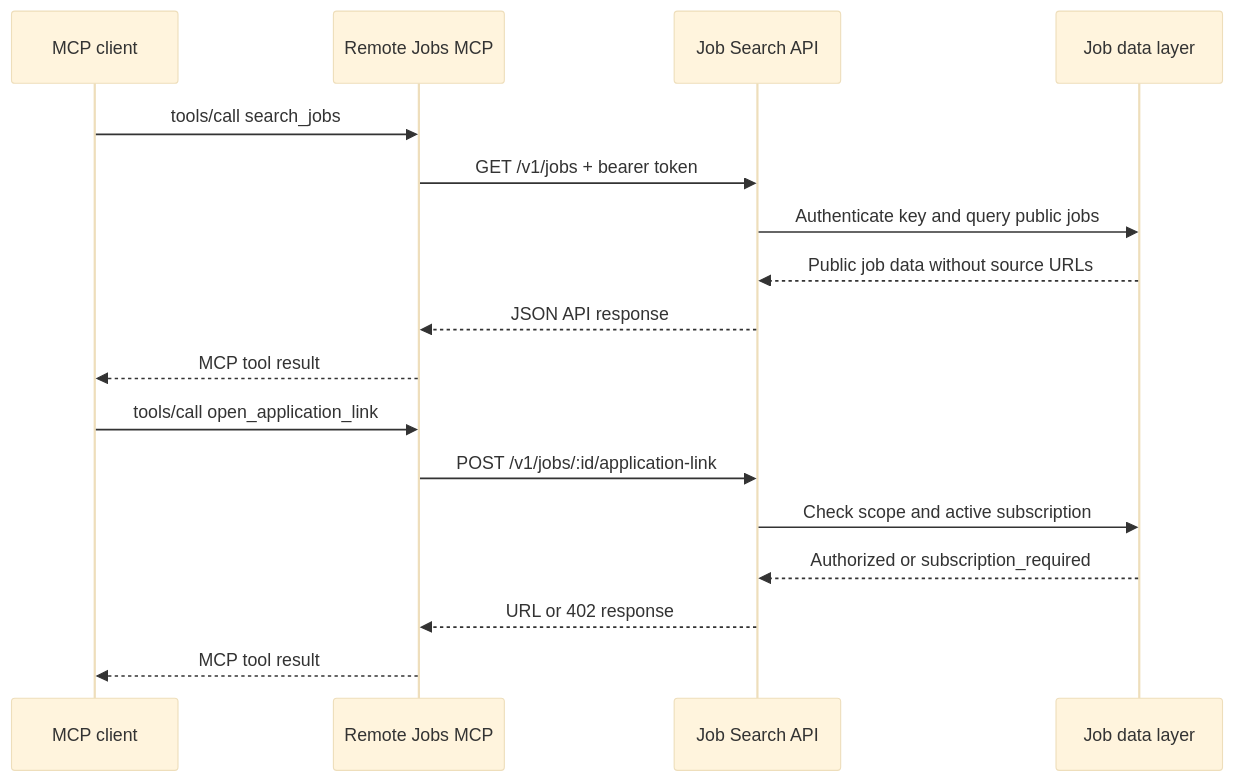
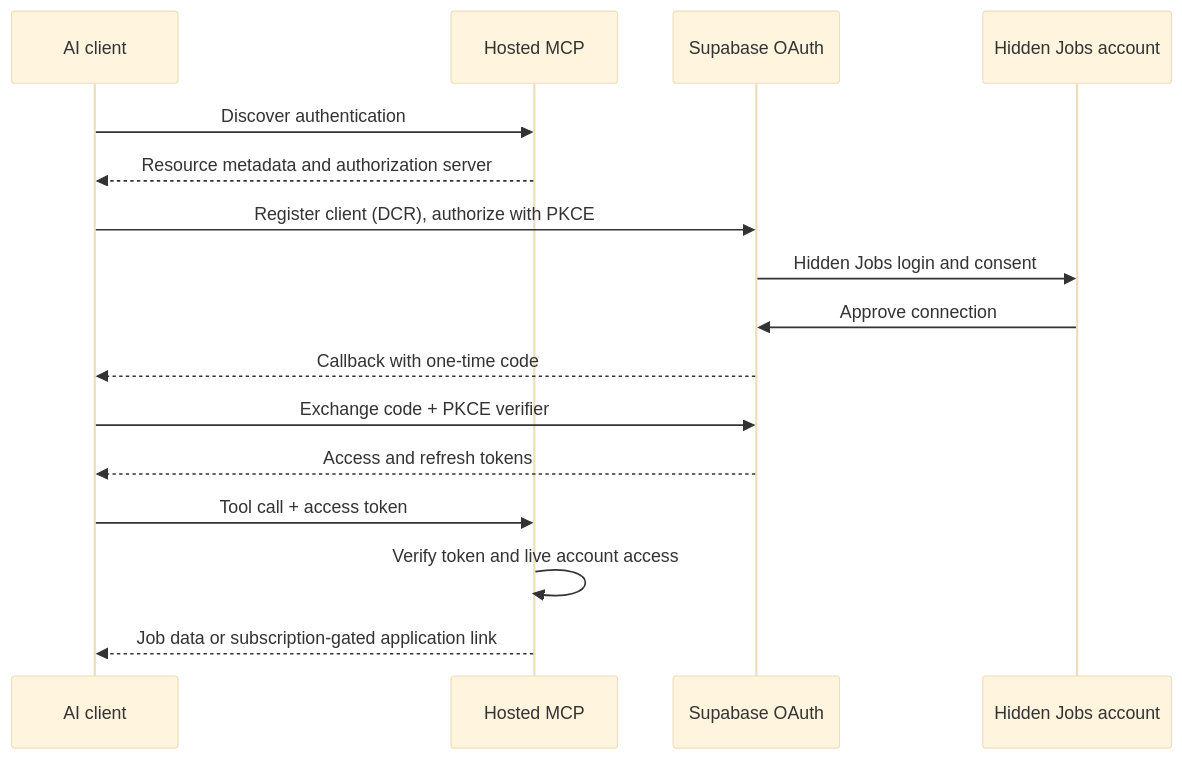
One commit to hiddenjobs/job-search-mcp changed the diagram in README.md. Above: the diagram before and after it, drawn with Mermaid (base theme). The commit also changed other lines of this file and 11 other files, not shown here.

Commit message:
Align hosted account OAuth documentation and connection examples

````diff
--- a/README.md
+++ b/README.md
@@ -102,21 +52,18 @@
 ```mermaid
 sequenceDiagram
-    participant C as MCP client
-    participant M as Remote Jobs MCP
-    participant A as Job Search API
-    participant D as Job data layer
-
-    C->>M: tools/call search_jobs
-    M->>A: GET /v1/jobs + bearer token
-    A->>D: Authenticate key and query public jobs
-    D-->>A: Public job data without source URLs
-    A-->>M: JSON API response
-    M-->>C: MCP tool result
-
-    C->>M: tools/call open_application_link
-    M->>A: POST /v1/jobs/:id/application-link
-    A->>D: Check scope and active subscription
-    D-->>A: Authorized or subscription_required
-    A-->>M: URL or 402 response
-    M-->>C: MCP tool result
+    participant AI as AI client
+    participant MCP as Hosted MCP
+    participant Auth as Supabase OAuth
+    participant User as Hidden Jobs account
+    AI->>MCP: Discover authentication
+    MCP-->>AI: Resource metadata and authorization server
+    AI->>Auth: Register client (DCR), authorize with PKCE
+    Auth->>User: Hidden Jobs login and consent
+    User->>Auth: Approve connection
+    Auth-->>AI: Callback with one-time code
+    AI->>Auth: Exchange code + PKCE verifier
+    Auth-->>AI: Access and refresh tokens
+    AI->>MCP: Tool call + access token
+    MCP->>MCP: Verify token and live account access
+    MCP-->>AI: Job data or subscription-gated application link
 ```
````
